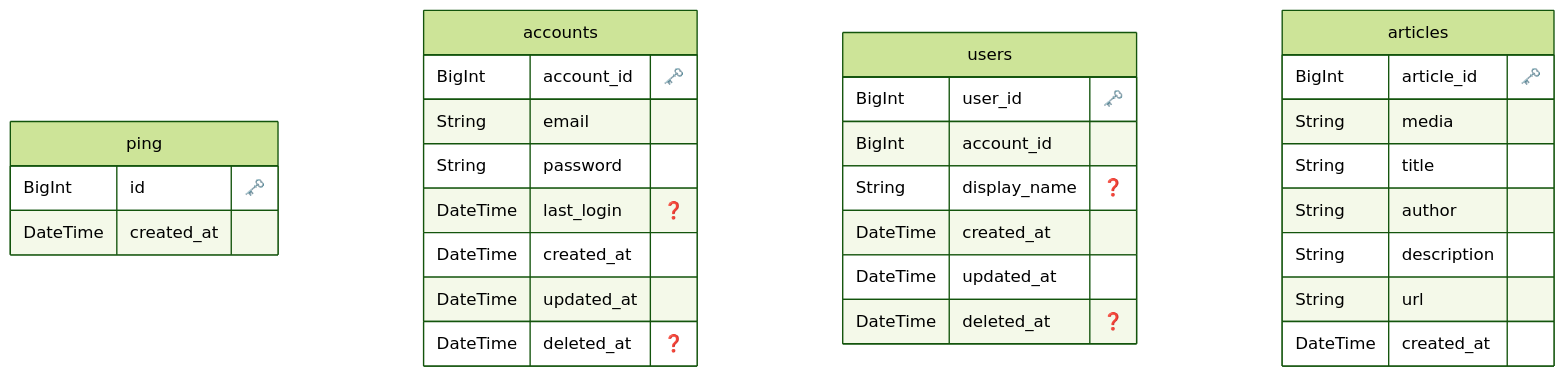
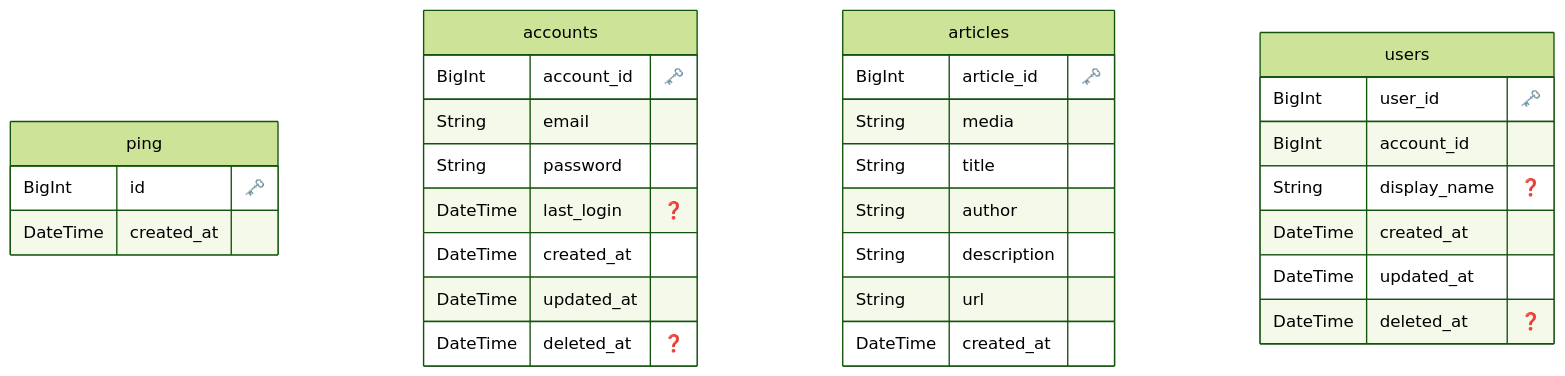
One commit to Geek-Teck-Mentors/trend_diary changed the diagram in prisma/ERD.md. Above: the diagram before and after it, drawn with Mermaid (forest theme).

````diff
--- a/prisma/ERD.md
+++ b/prisma/ERD.md
@@ -1,39 +1,41 @@
 ```mermaid
 erDiagram
 
   "ping" {
     BigInt id "🗝️"
     DateTime created_at 
     }
   
 
   "accounts" {
     BigInt account_id "🗝️"
-    String email
-    String password
+    String email 
+    String password 
     DateTime last_login "❓"
-    DateTime created_at
-    DateTime updated_at
+    DateTime created_at 
+    DateTime updated_at 
     DateTime deleted_at "❓"
     }
+  
 
+  "articles" {
+    BigInt article_id "🗝️"
+    String media 
+    String title 
+    String author 
+    String description 
+    String url 
+    DateTime created_at 
+    }
+  
 
   "users" {
     BigInt user_id "🗝️"
-    BigInt account_id
+    BigInt account_id 
     String display_name "❓"
-    DateTime created_at
-    DateTime updated_at
+    DateTime created_at 
+    DateTime updated_at 
     DateTime deleted_at "❓"
     }
-
-  "articles" {
-    BigInt article_id "🗝️"
-    String media
-    String title
-    String author
-    String description
-    String url
-    DateTime created_at
-    }
+  
 ```
````
